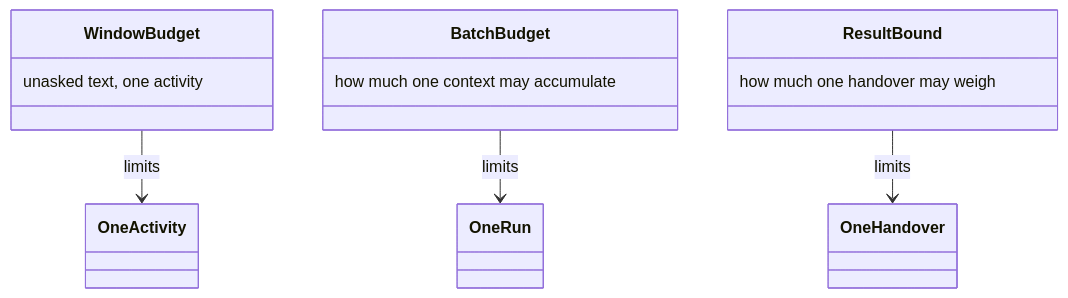
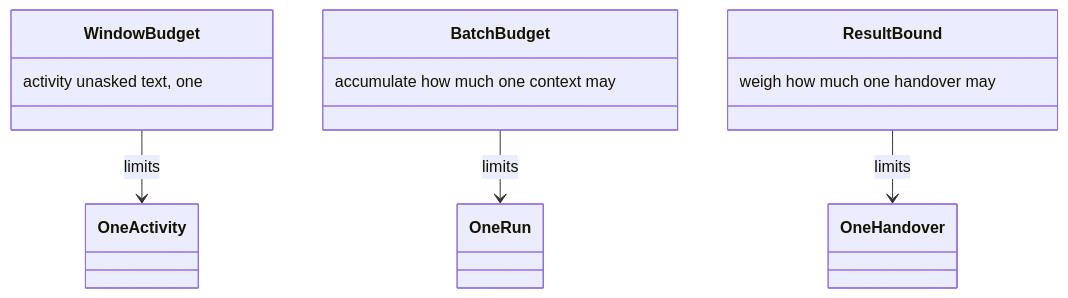
One commit to m2ux/workflow-server changed diagram 12 of 26 in docs/delivery.md. Above: the diagram before and after it, drawn with Mermaid. The commit also changed other lines of this file and 13 other files, not shown here.

````diff
--- a/docs/delivery.md
+++ b/docs/delivery.md
@@ -214,18 +214,18 @@
 ```mermaid
 classDiagram
   class WindowBudget {
-    unasked text, one activity
+    activity unasked text, one
   }
   class BatchBudget {
-    how much one context may accumulate
+    accumulate how much one context may
   }
   class ResultBound {
-    how much one handover may weigh
+    weigh how much one handover may
   }
   class OneActivity
   class OneRun
   class OneHandover
   WindowBudget --> OneActivity : limits
   BatchBudget --> OneRun : limits
   ResultBound --> OneHandover : limits
 ```
````
